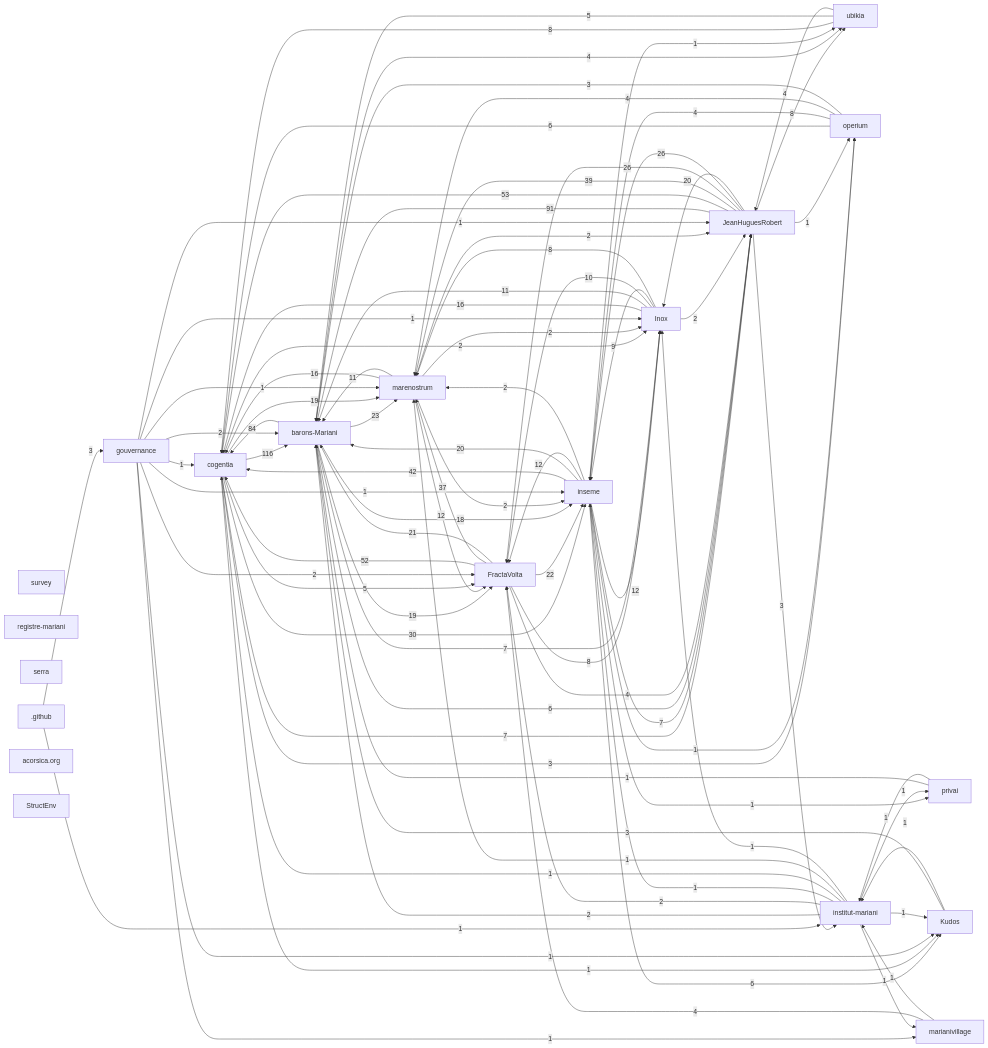
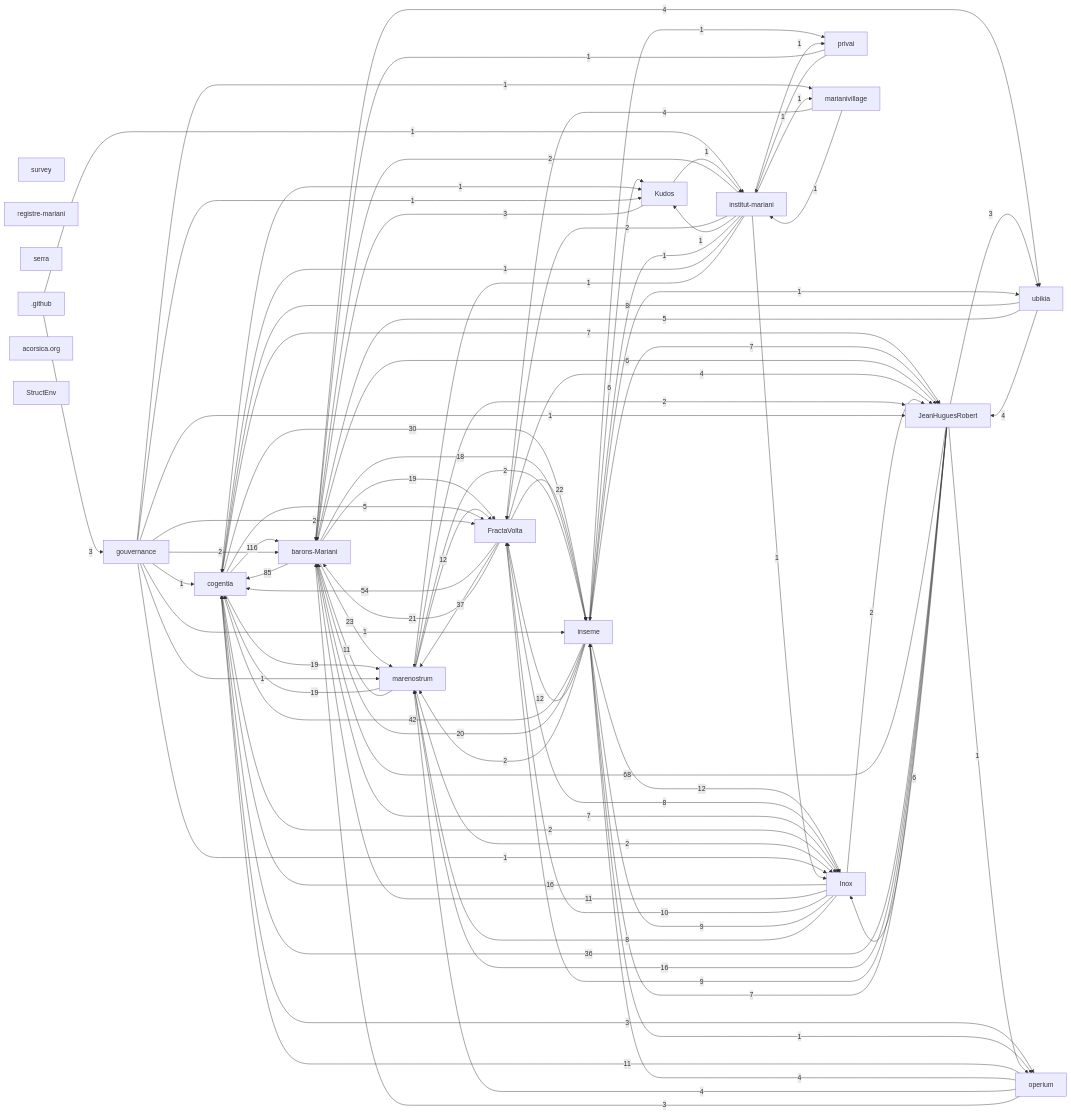
Before and after one commit to JeanHuguesRobert/FractaVolta: the first of 2 diagrams in research/corpus-status.md, drawn with Mermaid. The commit also changed 4 other files, not shown here.

```diff
--- a/research/corpus-status.md
+++ b/research/corpus-status.md
@@ -76,43 +76,42 @@
   r_acorsica_org["acorsica.org"]
   r_structenv["StructEnv"]
   r_cogentia -->|116| r_barons_mariani
-  r_jeanhuguesrobert -->|91| r_barons_mariani
-  r_barons_mariani -->|84| r_cogentia
-  r_jeanhuguesrobert -->|53| r_cogentia
-  r_fractavolta -->|52| r_cogentia
+  r_barons_mariani -->|85| r_cogentia
+  r_jeanhuguesrobert -->|68| r_barons_mariani
+  r_fractavolta -->|54| r_cogentia
   r_inseme -->|42| r_cogentia
-  r_jeanhuguesrobert -->|39| r_marenostrum
   r_fractavolta -->|37| r_marenostrum
+  r_jeanhuguesrobert -->|36| r_cogentia
   r_cogentia -->|30| r_inseme
-  r_jeanhuguesrobert -->|26| r_fractavolta
-  r_jeanhuguesrobert -->|26| r_inseme
   r_barons_mariani -->|23| r_marenostrum
   r_fractavolta -->|22| r_inseme
   r_fractavolta -->|21| r_barons_mariani
   r_inseme -->|20| r_barons_mariani
-  r_jeanhuguesrobert -->|20| r_inox
   r_barons_mariani -->|19| r_fractavolta
   r_cogentia -->|19| r_marenostrum
+  r_marenostrum -->|19| r_cogentia
   r_barons_mariani -->|18| r_inseme
   r_inox -->|16| r_cogentia
-  r_marenostrum -->|16| r_cogentia
+  r_jeanhuguesrobert -->|16| r_marenostrum
   r_inseme -->|12| r_fractavolta
   r_inseme -->|12| r_inox
   r_marenostrum -->|12| r_fractavolta
   r_inox -->|11| r_barons_mariani
   r_marenostrum -->|11| r_barons_mariani
+  r_operium -->|11| r_cogentia
   r_inox -->|10| r_fractavolta
   r_inox -->|9| r_inseme
+  r_jeanhuguesrobert -->|9| r_fractavolta
   r_fractavolta -->|8| r_inox
   r_inox -->|8| r_marenostrum
-  r_jeanhuguesrobert -->|8| r_ubikia
   r_ubikia -->|8| r_cogentia
   r_barons_mariani -->|7| r_inox
   r_cogentia -->|7| r_jeanhuguesrobert
   r_inseme -->|7| r_jeanhuguesrobert
+  r_jeanhuguesrobert -->|7| r_inseme
   r_barons_mariani -->|6| r_jeanhuguesrobert
   r_inseme -->|6| r_kudos
-  r_operium -->|6| r_cogentia
+  r_jeanhuguesrobert -->|6| r_inox
   r_cogentia -->|5| r_fractavolta
   r_ubikia -->|5| r_barons_mariani
   r_barons_mariani -->|4| r_ubikia
@@ -123,7 +122,7 @@
   r_ubikia -->|4| r_jeanhuguesrobert
   r_github -->|3| r_gouvernance
   r_cogentia -->|3| r_operium
-  r_jeanhuguesrobert -->|3| r_institut_mariani
+  r_jeanhuguesrobert -->|3| r_ubikia
   r_kudos -->|3| r_barons_mariani
   r_operium -->|3| r_barons_mariani
   r_cogentia -->|2| r_inox
```
